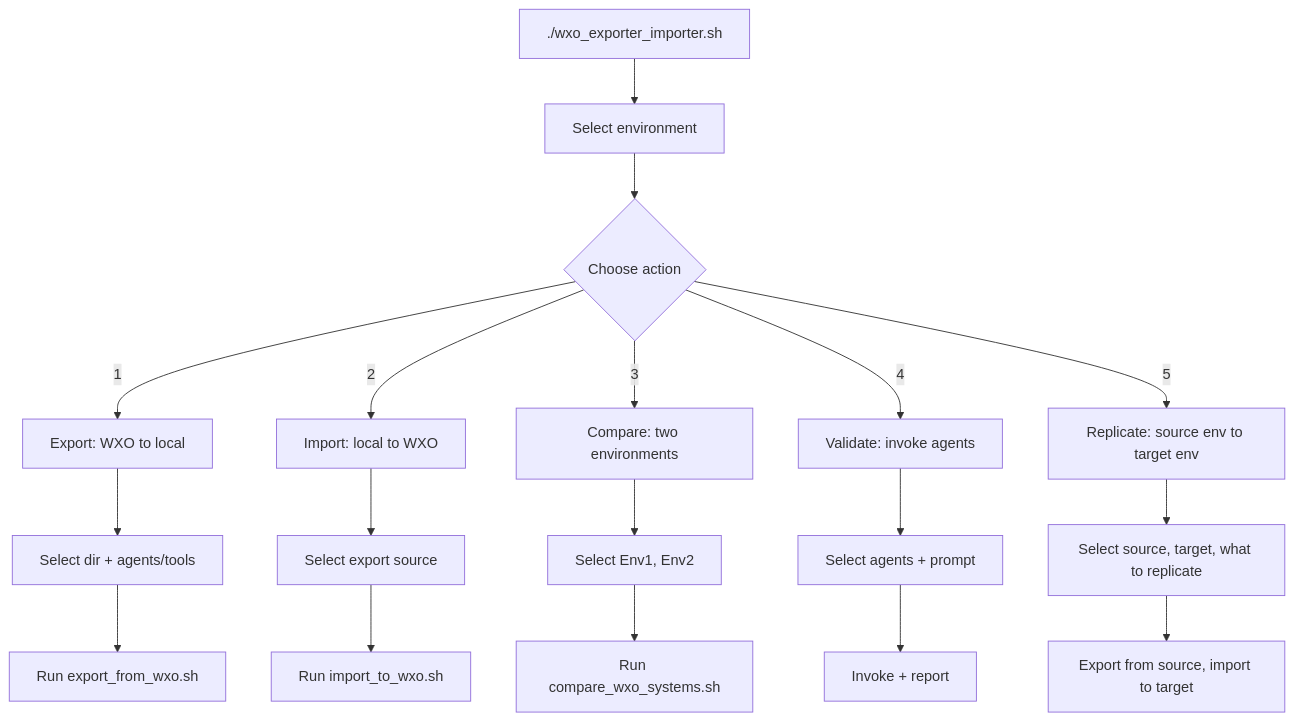
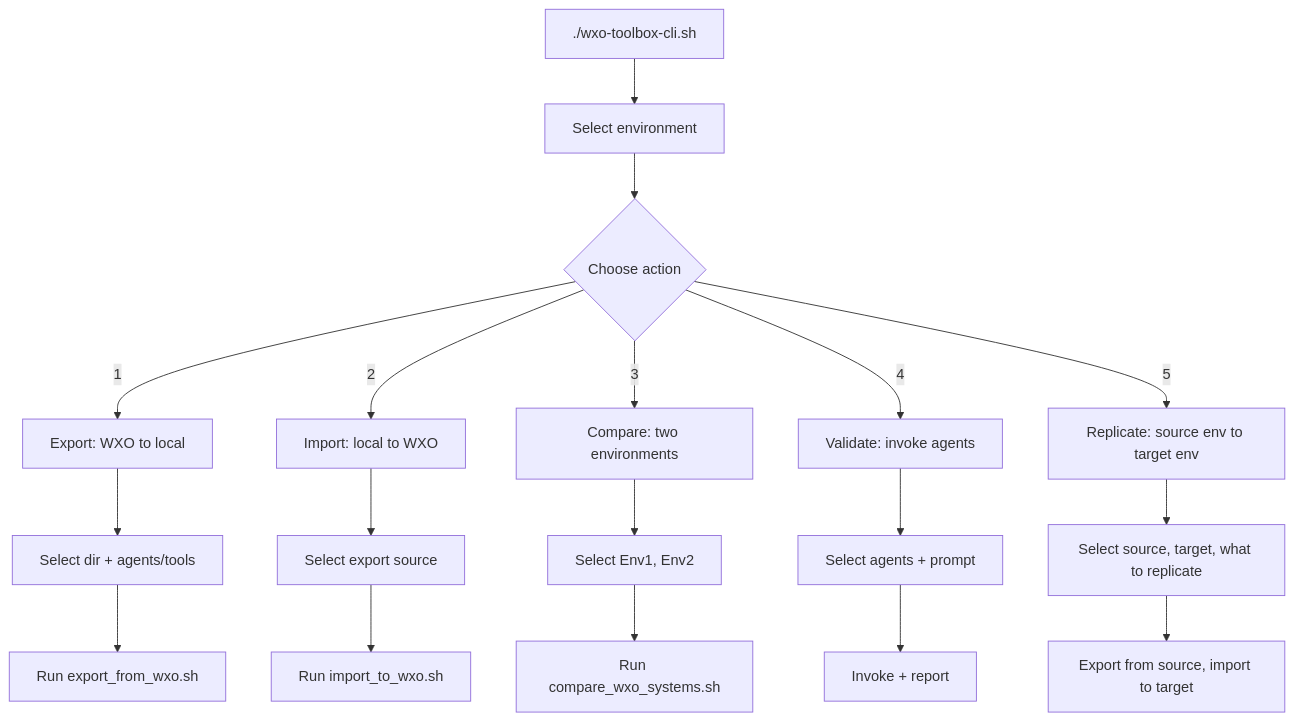
Before and after one commit to markusvankempen/WxO-ToolBox-cli: the third of 3 diagrams in README.md, drawn with Mermaid. The commit also changed other lines of this file, not shown here.

````diff
--- a/README.md
+++ b/README.md
@@ -321,20 +321,20 @@
 ```mermaid
 flowchart TD
-    A[./wxo_exporter_importer.sh] --> B[Select environment]
+    A[./wxo-toolbox-cli.sh] --> B[Select environment]
     B --> C{Choose action}
     C -->|1| D[Export: WXO to local]
     C -->|2| E[Import: local to WXO]
     C -->|3| F[Compare: two environments]
     C -->|4| G[Validate: invoke agents]
     C -->|5| P[Replicate: source env to target env]
     D --> H[Select dir + agents/tools]
     E --> I[Select export source]
     F --> J[Select Env1, Env2]
     G --> K[Select agents + prompt]
     P --> Q[Select source, target, what to replicate]
     H --> L[Run export_from_wxo.sh]
     I --> M[Run import_to_wxo.sh]
     J --> N[Run compare_wxo_systems.sh]
     K --> O[Invoke + report]
     Q --> R[Export from source, import to target]
 ```
````
